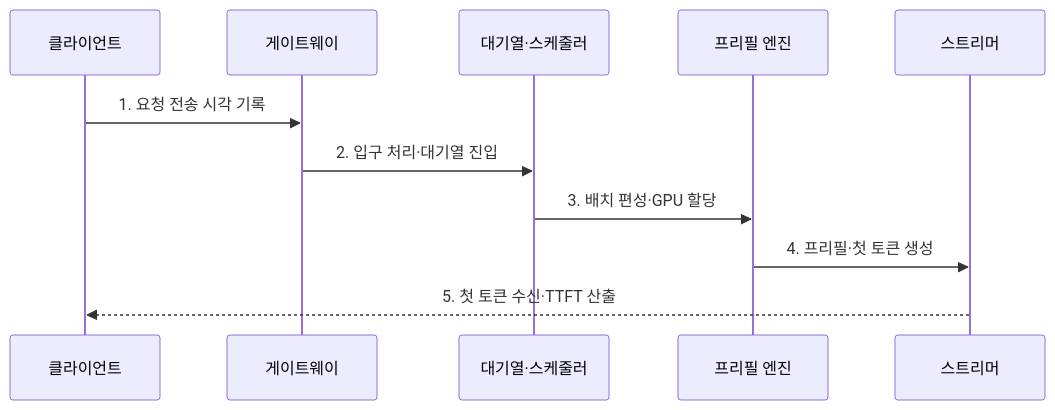
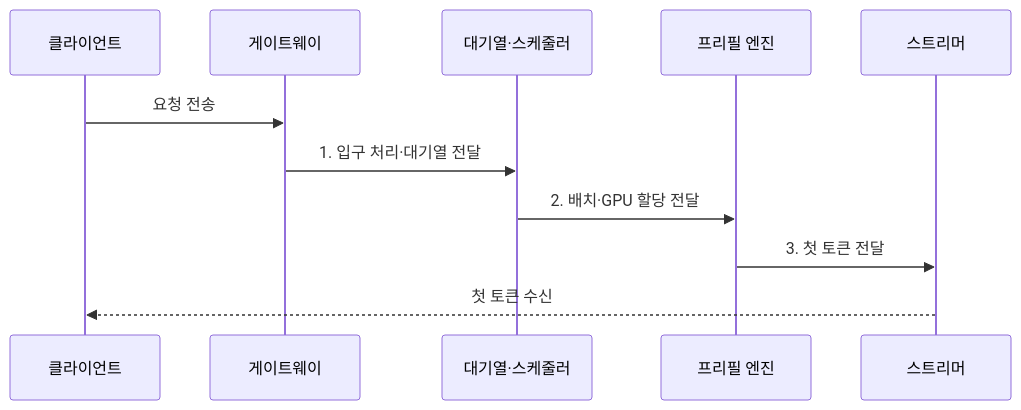
One commit to agnusdei1207/knowledge-base changed the second of 2 diagrams in src/content/docs/notes/08-latest-tech/046_ttft.md. Above: the diagram before and after it, drawn with Mermaid. The commit also changed other lines of this file and 225 other files, not shown here.

````diff
--- a/src/content/docs/notes/08-latest-tech/046_ttft.md
+++ b/src/content/docs/notes/08-latest-tech/046_ttft.md
@@ -78,13 +78,13 @@
 ```mermaid
 sequenceDiagram
     participant C as 클라이언트
     participant G as 게이트웨이
     participant Q as 대기열·스케줄러
     participant P as 프리필 엔진
     participant S as 스트리머
-    C->>G: 1. 요청 전송 시각 기록
-    G->>Q: 2. 입구 처리·대기열 진입
-    Q->>P: 3. 배치 편성·GPU 할당
-    P->>S: 4. 프리필·첫 토큰 생성
-    S-->>C: 5. 첫 토큰 수신·TTFT 산출
+    C->>G: 요청 전송
+    G->>Q: 1. 입구 처리·대기열 전달
+    Q->>P: 2. 배치·GPU 할당 전달
+    P->>S: 3. 첫 토큰 전달
+    S-->>C: 첫 토큰 수신
 ```
````
